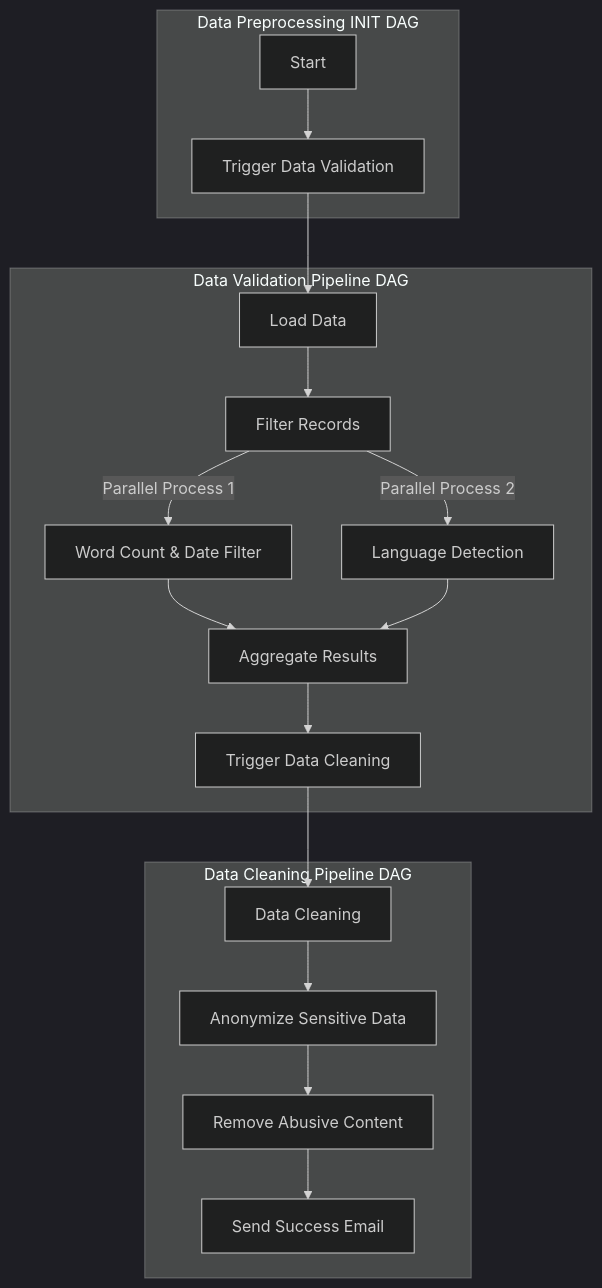
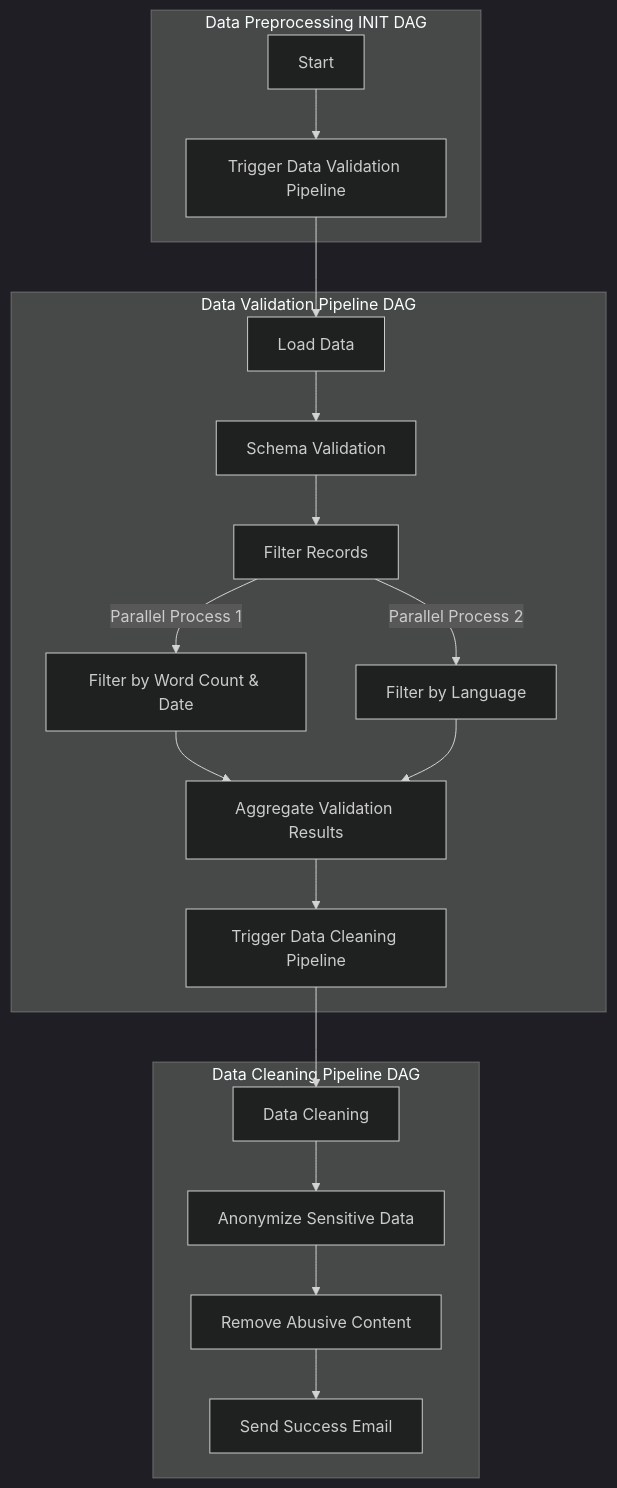
One commit to rajpandeygithub/Automated-BiLingual-Complaint-System changed the diagram in README.md. Above: the diagram before and after it, drawn with Mermaid (dark theme).

````diff
--- a/README.md
+++ b/README.md
@@ -174,24 +174,25 @@
 ```mermaid
 graph TB
     subgraph "Data Preprocessing INIT DAG"
-        A[Start] --> B[Trigger Data Validation]
+        A[Start] --> B[Trigger Data Validation Pipeline]
     end
 
     subgraph "Data Validation Pipeline DAG"
-        C[Load Data] --> D[Filter Records]
-        D --> |Parallel Process 1| E[Word Count & Date Filter]
-        D --> |Parallel Process 2| F[Language Detection]
-        E --> G[Aggregate Results]
-        F --> G
-        G --> H[Trigger Data Cleaning]
+        C[Load Data] --> D[Schema Validation]
+        D --> E[Filter Records]
+        E --> |Parallel Process 1| F[Filter by Word Count & Date]
+        E --> |Parallel Process 2| G[Filter by Language]
+        F --> H[Aggregate Validation Results]
+        G --> H
+        H --> I[Trigger Data Cleaning Pipeline]
     end
 
     subgraph "Data Cleaning Pipeline DAG"
-        I[Data Cleaning] --> J[Anonymize Sensitive Data]
-        J --> K[Remove Abusive Content]
-        K --> L[Send Success Email]
+        J[Data Cleaning] --> K[Anonymize Sensitive Data]
+        K --> L[Remove Abusive Content]
+        L --> M[Send Success Email]
     end
 
     B --> C
-    H --> I
+    I --> J
 ```
````
